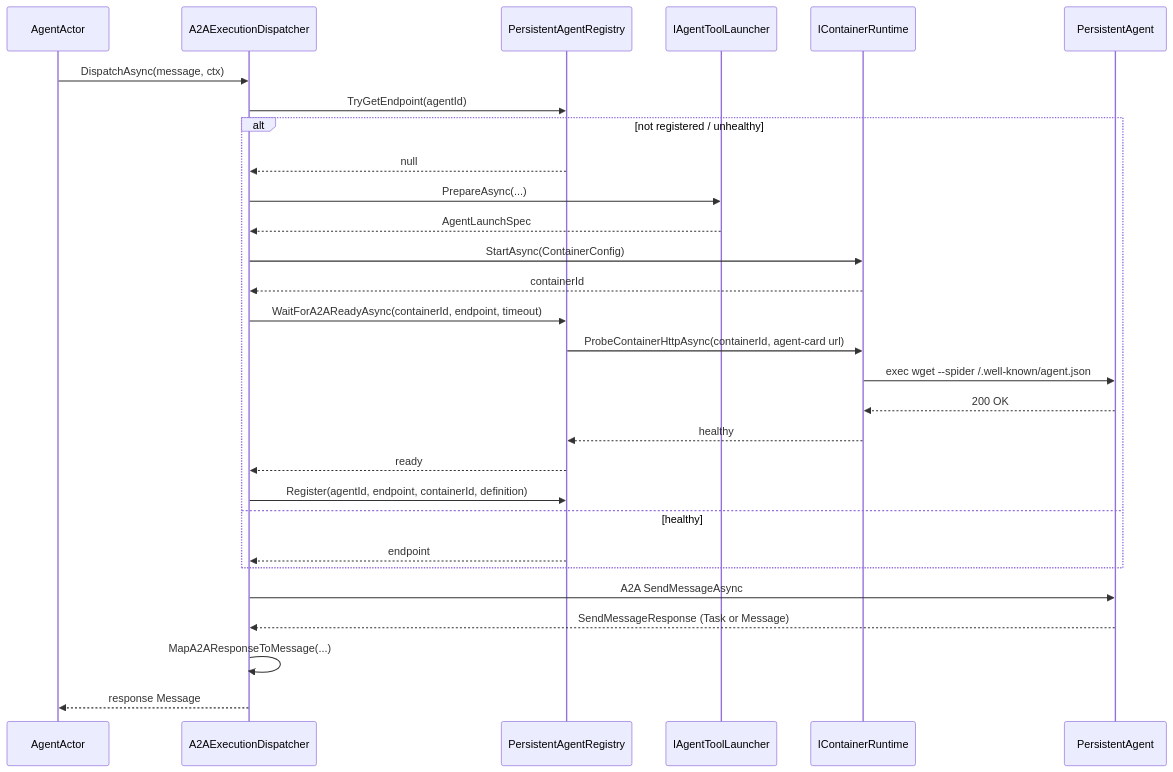
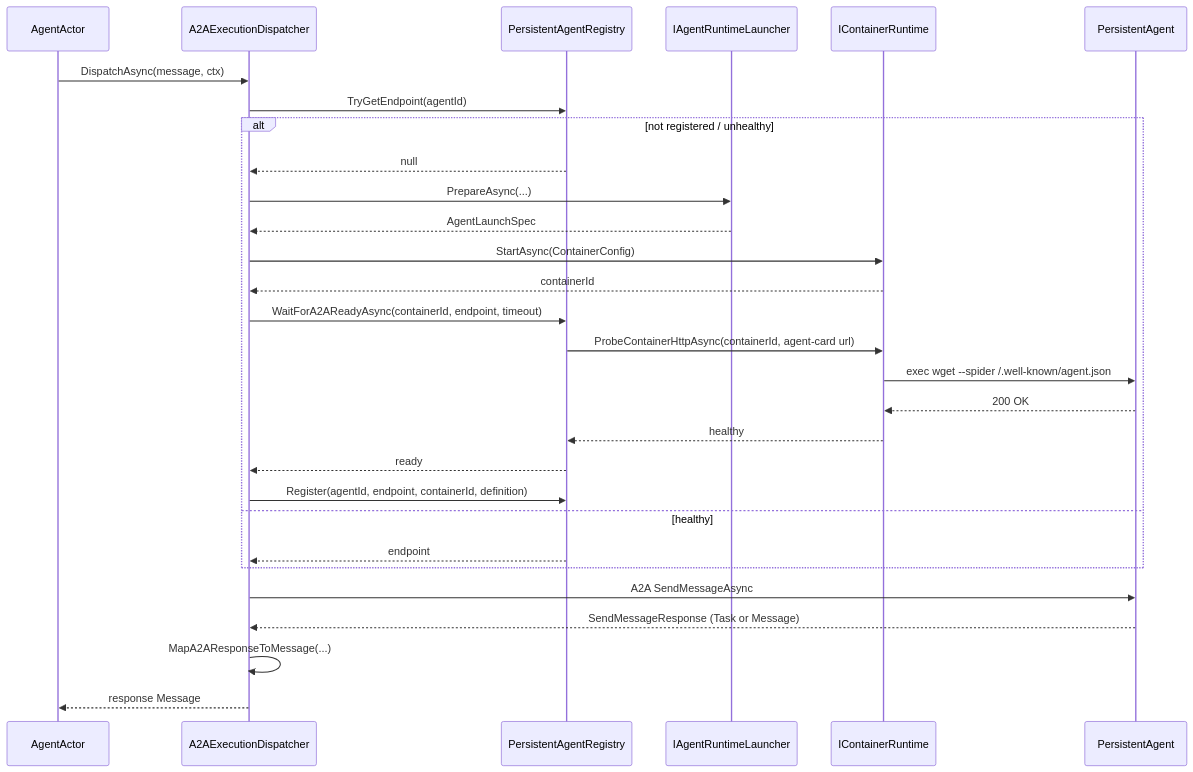
One commit to cvoya-com/spring-voyage changed the second of 2 diagrams in docs/architecture/workflows.md. Above: the diagram before and after it, drawn with Mermaid. The commit also changed other lines of this file and 116 other files, not shown here.

````diff
--- a/docs/architecture/workflows.md
+++ b/docs/architecture/workflows.md
@@ -188,32 +188,32 @@
 ```mermaid
 sequenceDiagram
     participant A as AgentActor
     participant Disp as A2AExecutionDispatcher
     participant Registry as PersistentAgentRegistry
-    participant Launcher as IAgentToolLauncher
+    participant Launcher as IAgentRuntimeLauncher
     participant Runtime as IContainerRuntime
     participant Container as PersistentAgent
 
     A->>Disp: DispatchAsync(message, ctx)
     Disp->>Registry: TryGetEndpoint(agentId)
     alt not registered / unhealthy
         Registry-->>Disp: null
         Disp->>Launcher: PrepareAsync(...)
         Launcher-->>Disp: AgentLaunchSpec
         Disp->>Runtime: StartAsync(ContainerConfig)
         Runtime-->>Disp: containerId
         Disp->>Registry: WaitForA2AReadyAsync(containerId, endpoint, timeout)
         Registry->>Runtime: ProbeContainerHttpAsync(containerId, agent-card url)
         Runtime->>Container: exec wget --spider /.well-known/agent.json
         Container-->>Runtime: 200 OK
         Runtime-->>Registry: healthy
         Registry-->>Disp: ready
         Disp->>Registry: Register(agentId, endpoint, containerId, definition)
     else healthy
         Registry-->>Disp: endpoint
     end
     Disp->>Container: A2A SendMessageAsync
     Container-->>Disp: SendMessageResponse (Task or Message)
     Disp->>Disp: MapA2AResponseToMessage(...)
     Disp-->>A: response Message
 ```
````
